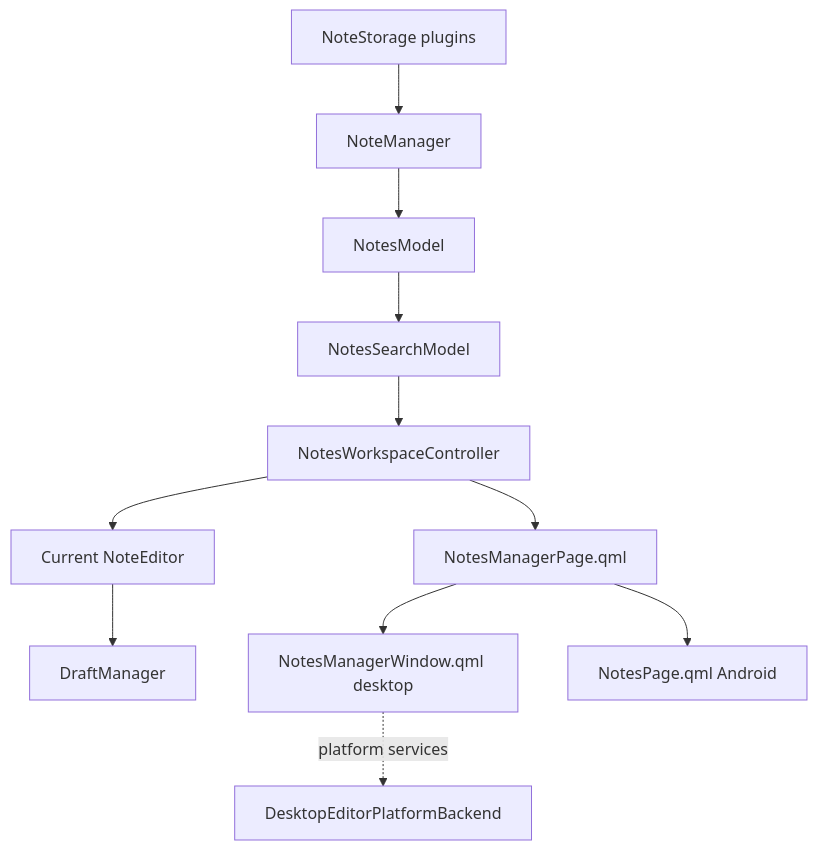
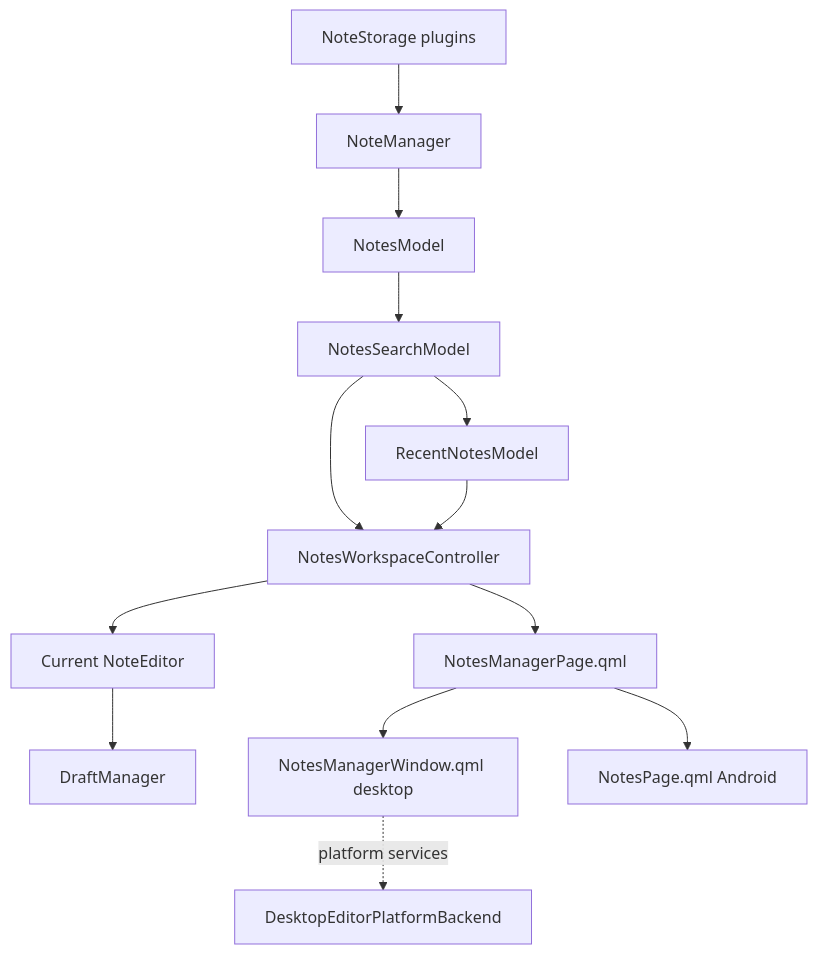
One commit to Ri0n/QtNote changed the first of 2 diagrams in docs/notes-manager-architecture.md. Above: the diagram before and after it, drawn with Mermaid. The commit also changed other lines of this file and 39 other files, not shown here.

````diff
--- a/docs/notes-manager-architecture.md
+++ b/docs/notes-manager-architecture.md
@@ -12,14 +12,16 @@
 ```mermaid
 flowchart TD
     NS[NoteStorage plugins] --> NM[NoteManager]
     NM --> MODEL[NotesModel]
     MODEL --> SEARCH[NotesSearchModel]
+    SEARCH --> RECENT[RecentNotesModel]
     SEARCH --> WC[NotesWorkspaceController]
+    RECENT --> WC
     WC --> PAGE[NotesManagerPage.qml]
     WC --> EDITOR[Current NoteEditor]
     EDITOR --> DRAFTS[DraftManager]
 
     PAGE --> DW[NotesManagerWindow.qml desktop]
     PAGE --> AM[NotesPage.qml Android]
     DW -. platform services .-> DPB[DesktopEditorPlatformBackend]
 ```
````
